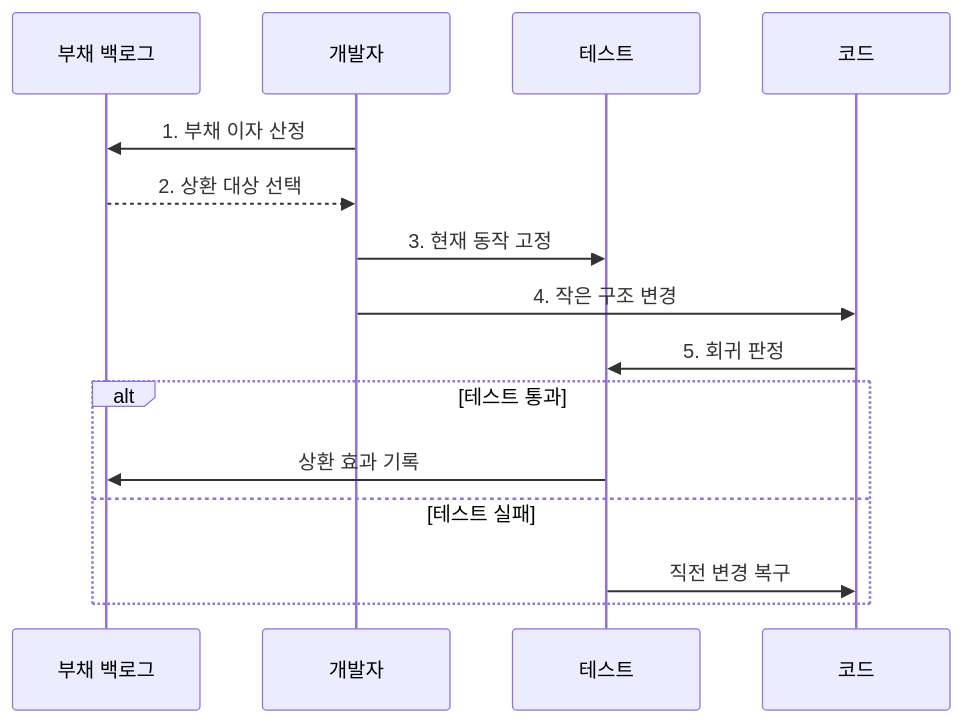
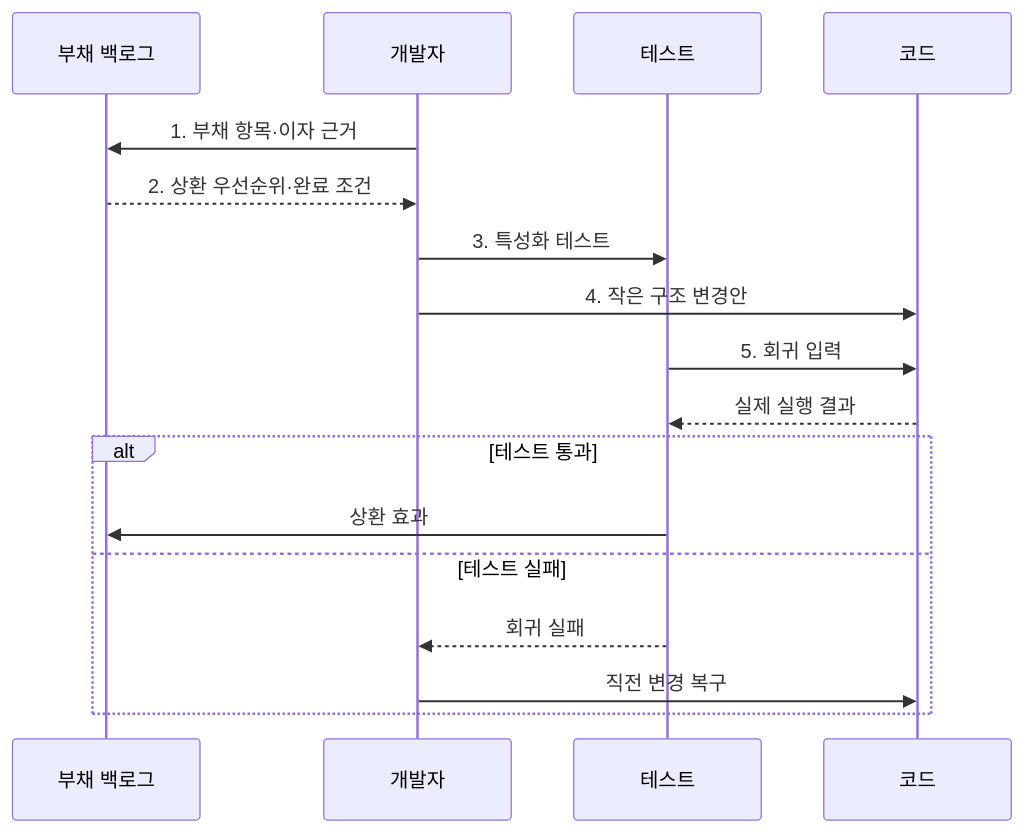
The second of 2 diagrams in src/content/docs/notes/03-software/065_refactoring_technical_debt.md (agnusdei1207/knowledge-base), drawn with Mermaid before and after one commit. The commit also changed other lines of this file and 20 other files, not shown here.

````diff
--- a/src/content/docs/notes/03-software/065_refactoring_technical_debt.md
+++ b/src/content/docs/notes/03-software/065_refactoring_technical_debt.md
@@ -77,17 +78,19 @@
 ```mermaid
 sequenceDiagram
     participant B as 부채 백로그
     participant D as 개발자
     participant T as 테스트
     participant C as 코드
-    D->>B: 1. 부채 이자 산정
-    B-->>D: 2. 상환 대상 선택
-    D->>T: 3. 현재 동작 고정
-    D->>C: 4. 작은 구조 변경
-    C->>T: 5. 회귀 판정
+    D->>B: 1. 부채 항목·이자 근거
+    B-->>D: 2. 상환 우선순위·완료 조건
+    D->>T: 3. 특성화 테스트
+    D->>C: 4. 작은 구조 변경안
+    T->>C: 5. 회귀 입력
+    C-->>T: 실제 실행 결과
     alt 테스트 통과
-        T->>B: 상환 효과 기록
+        T->>B: 상환 효과
     else 테스트 실패
-        T->>C: 직전 변경 복구
+        T-->>D: 회귀 실패
+        D->>C: 직전 변경 복구
     end
 ```
````
